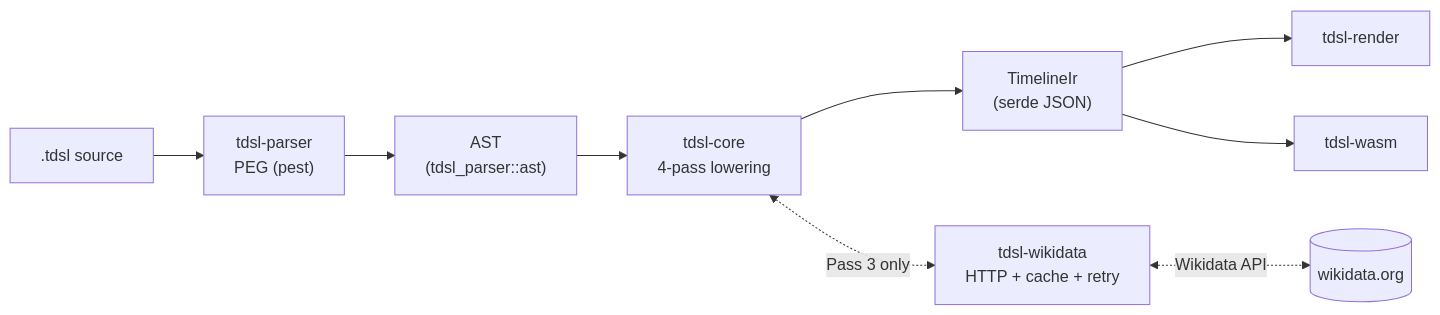
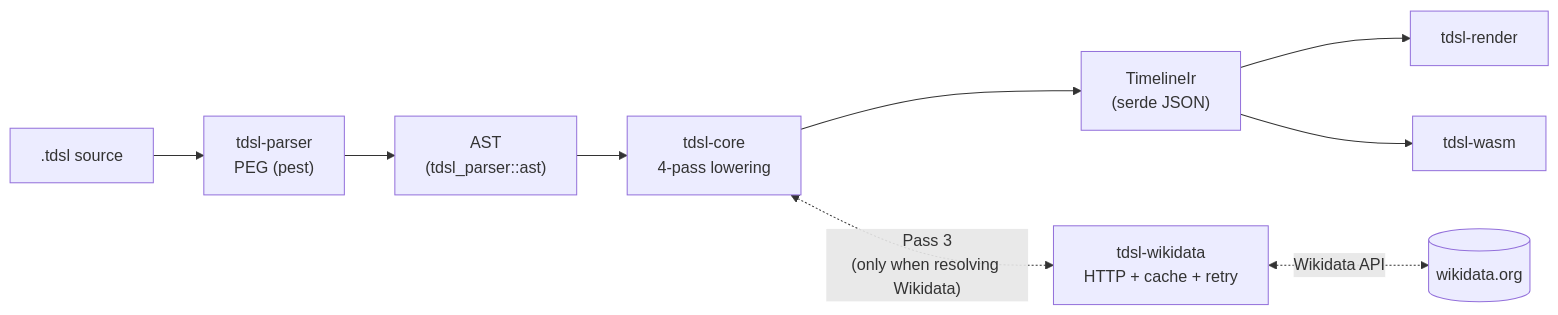
Before and after one commit to keroway/timeline-dsl: the second of 3 diagrams in docs/architecture.en.md, drawn with Mermaid. The commit also changed other lines of this file and 3 other files, not shown here.

First line of the commit message:
docs(architecture): 実装と矛盾していた offline / origin / Pass 3 注釈を修正

````diff
--- a/docs/architecture.en.md
+++ b/docs/architecture.en.md
@@ -50,11 +50,11 @@
 ```mermaid
 flowchart LR
     src[".tdsl source"] --> parser["tdsl-parser<br/>PEG (pest)"]
     parser --> ast["AST<br/>(tdsl_parser::ast)"]
     ast --> lowering["tdsl-core<br/>4-pass lowering"]
     lowering --> ir["TimelineIr<br/>(serde JSON)"]
     ir --> render["tdsl-render"]
     ir --> wasm["tdsl-wasm"]
-    lowering <-. "Pass 3 only" .-> wikidata["tdsl-wikidata<br/>HTTP + cache + retry"]
+    lowering <-. "Pass 3<br/>(only when resolving Wikidata)" .-> wikidata["tdsl-wikidata<br/>HTTP + cache + retry"]
     wikidata <-. "Wikidata API" .-> wd[("wikidata.org")]
 ```
````
